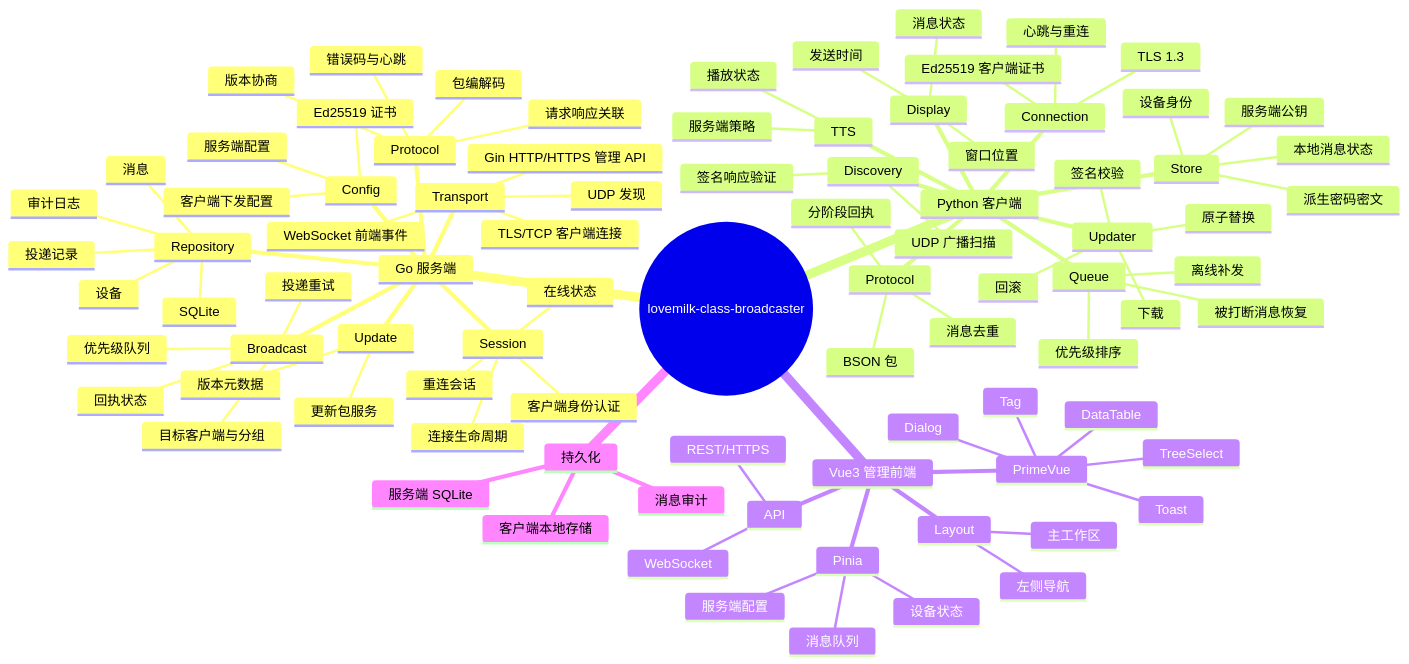
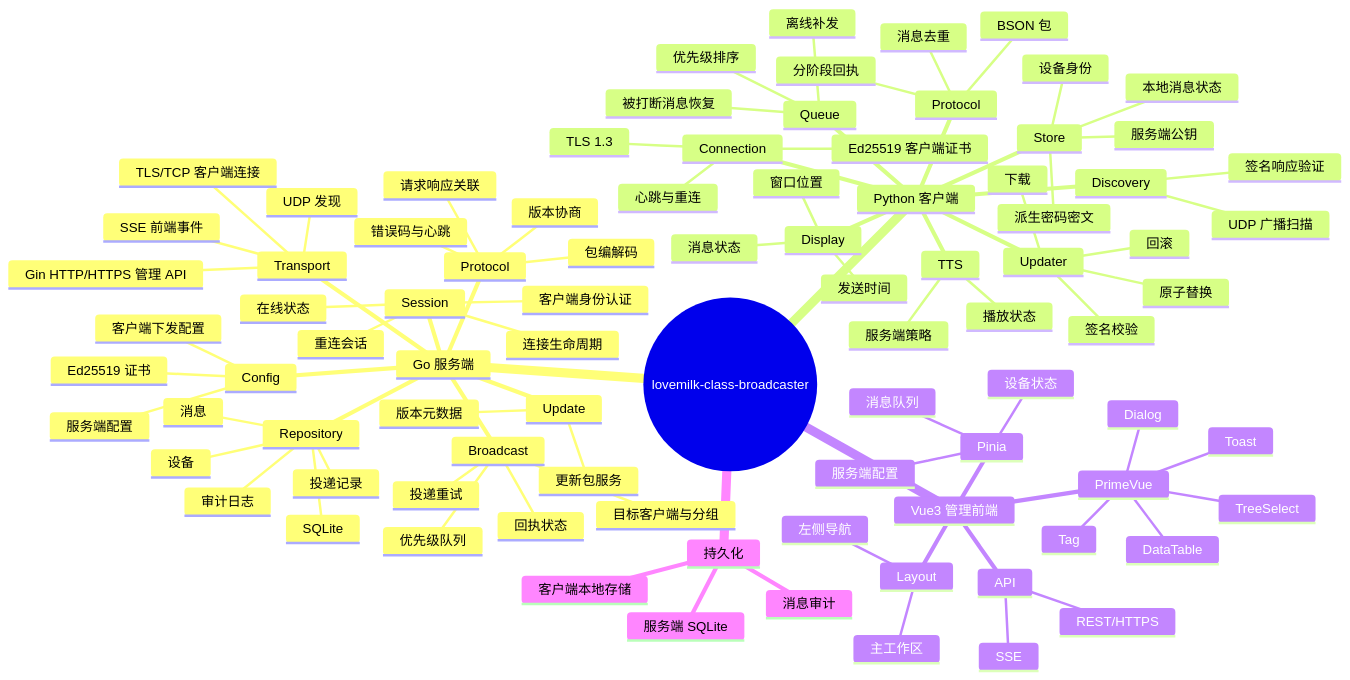
The diagram in design/design.md (lovemilk2333/class-broadcaster), drawn with Mermaid before and after one commit. The commit also changed other lines of this file and 83 other files, not shown here.

```diff
--- a/design/design.md
+++ b/design/design.md
@@ -76,7 +78,7 @@
         UDP 发现
         TLS/TCP 客户端连接
         Gin HTTP/HTTPS 管理 API
-        WebSocket 前端事件
+        SSE 前端事件
       Protocol
         包编解码
         版本协商
@@ -151,7 +153,7 @@
         服务端配置
       API
         REST/HTTPS
-        WebSocket
+        SSE
       Layout
         左侧导航
         主工作区
```
